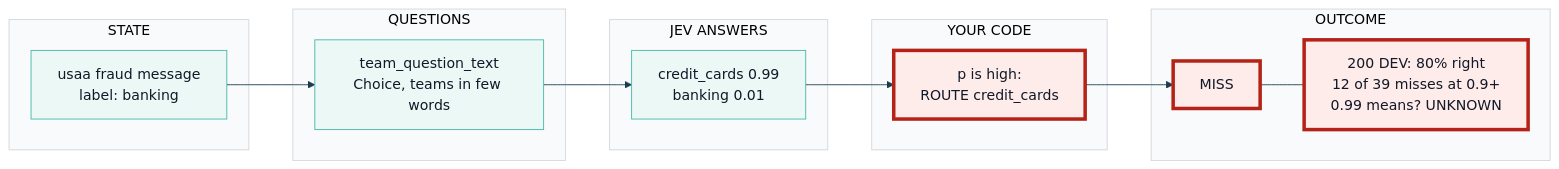
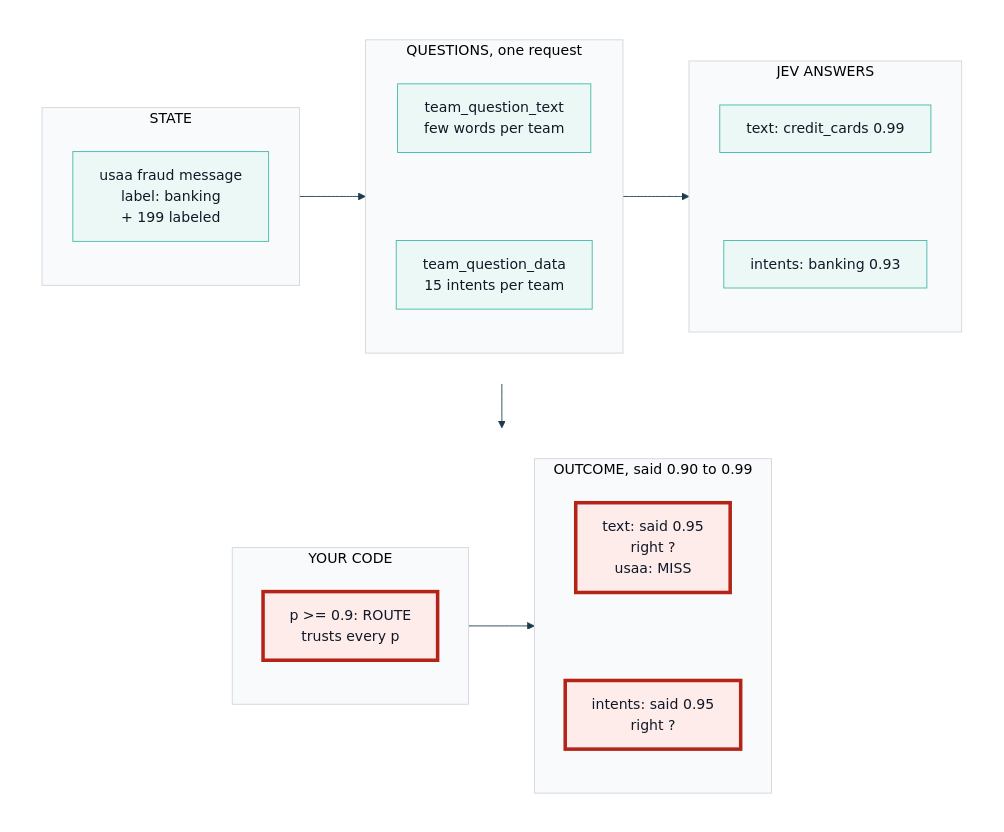
One commit to axel-sirota/getting_started_jev changed the diagram in course/diagrams/module_03/p1-problem-confident-wrong.mmd. Above: the diagram before and after it, drawn with Mermaid. The commit also changed 41 other files, not shown here.

Commit message:
Module 3: notebooks and diagrams

```diff
--- a/course/diagrams/module_03/p1-problem-confident-wrong.mmd
+++ b/course/diagrams/module_03/p1-problem-confident-wrong.mmd
@@ -1,27 +1,46 @@
 %%{init: {"theme": "base", "themeVariables": {"fontFamily": "Inter, sans-serif", "primaryColor": "#ECF8F6", "primaryBorderColor": "#40B8A6", "primaryTextColor": "#111827", "lineColor": "#1A3D4D", "secondaryColor": "#F9FAFB", "tertiaryColor": "#FFFFFF", "clusterBkg": "#F9FAFB", "clusterBorder": "#D1D5DB", "actorBkg": "#ECF8F6", "actorBorder": "#40B8A6", "noteBkgColor": "#FFF6DA", "noteBorderColor": "#E0B84C"}}}%%
-flowchart LR
-  subgraph STATE["STATE"]
-    S["usaa fraud message<br/>label: banking"]
+flowchart TB
+  subgraph ROW1[" "]
+    direction LR
+    subgraph STATE["STATE"]
+      S["usaa fraud message<br/>label: banking<br/>+ 199 labeled"]
+    end
+    subgraph QUESTIONS["QUESTIONS, one request"]
+      direction TB
+      Q1["team_question_text<br/>few words per team"]
+      Q2["team_question_data<br/>15 intents per team"]
+      Q1 ~~~ Q2
+    end
+    subgraph ANSWERS["JEV ANSWERS"]
+      direction TB
+      A1["text: credit_cards 0.99"]
+      A2["intents: banking 0.93"]
+      A1 ~~~ A2
+    end
+    STATE --> QUESTIONS --> ANSWERS
   end
-  subgraph QUESTIONS["QUESTIONS"]
-    Q["team_question_text<br/>Choice, teams in few words"]
+  subgraph ROW2[" "]
+    direction LR
+    subgraph CODE["YOUR CODE"]
+      C["p >= 0.9: ROUTE<br/>trusts every p"]
+    end
+    subgraph OUTCOME["OUTCOME, said 0.90 to 0.99"]
+      direction TB
+      O1["text: said 0.95<br/>right ?<br/>usaa: MISS"]
+      O2["intents: said 0.95<br/>right ?"]
+      O1 ~~~ O2
+    end
+    CODE --> OUTCOME
   end
-  subgraph ANSWERS["JEV ANSWERS"]
-    A["credit_cards 0.99<br/>banking 0.01"]
-  end
-  subgraph CODE["YOUR CODE"]
-    C["p is high:<br/>ROUTE credit_cards"]
-  end
-  subgraph OUTCOME["OUTCOME"]
-    O["MISS"]
-    R["200 DEV: 80% right<br/>12 of 39 misses at 0.9+<br/>0.99 means? UNKNOWN"]
-  end
-  S --> Q --> A --> C --> O
-  O --- R
+  ROW1 --> ROW2
 
   classDef fail fill:#FDECEA,stroke:#B42318,stroke-width:4px
   classDef changed fill:#D5F2EC,stroke:#1A3D4D,stroke-width:4px
   classDef ok fill:#ECF8F6,stroke:#1A3D4D,stroke-width:3px
+  classDef muted fill:#F3F4F6,stroke:#9CA3AF,stroke-width:2px,color:#6B7280
+  classDef human fill:#FFF6DA,stroke:#E0B84C,stroke-width:3px
+  style ROW1 fill:none,stroke:none
+  style ROW2 fill:none,stroke:none
   class C fail
-  class O fail
-  class R fail
+  class O1 fail
+  class O2 fail
```
